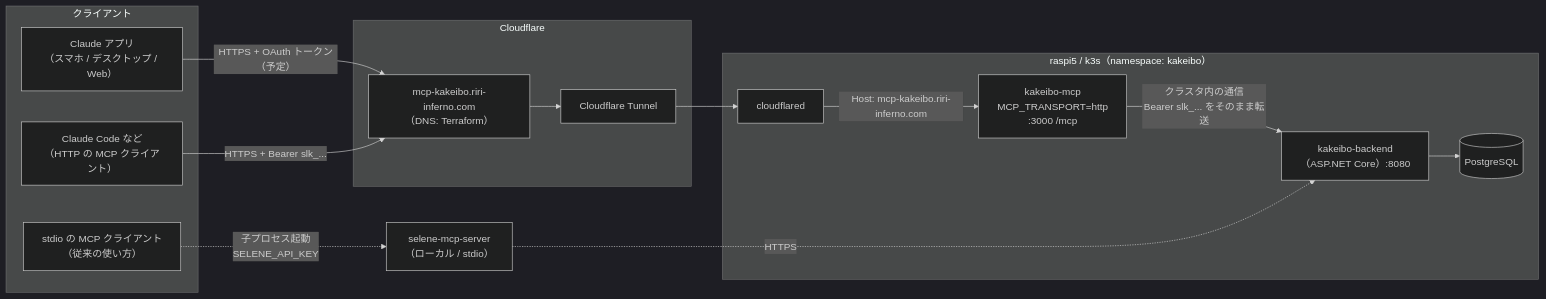
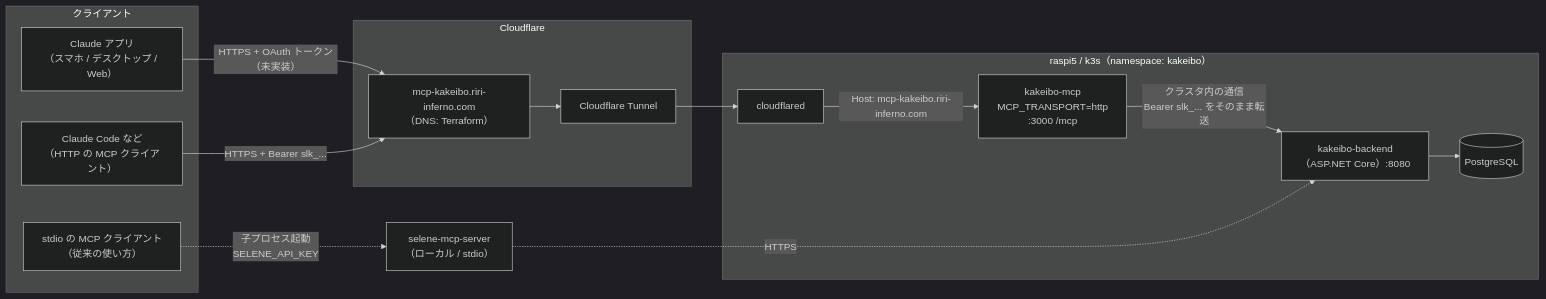
One commit to Riri-Inferno/selene-mcp-server changed the first of 3 diagrams in docs/architecture.md. Above: the diagram before and after it, drawn with Mermaid (dark theme). The commit also changed other lines of this file and 1 other file, not shown here.

Commit message:
OAuth 接続の設計を追加し、未実装の状態を明示化

````diff
--- a/docs/architecture.md
+++ b/docs/architecture.md
@@ -14,29 +14,29 @@
 ```mermaid
 flowchart LR
   subgraph Client["クライアント"]
     CA["Claude アプリ<br/>（スマホ / デスクトップ / Web）"]
     CC["Claude Code など<br/>（HTTP の MCP クライアント）"]
     CS["stdio の MCP クライアント<br/>（従来の使い方）"]
   end
 
   subgraph CF["Cloudflare"]
     DNS["mcp-kakeibo.riri-inferno.com<br/>（DNS: Terraform）"]
     Tunnel["Cloudflare Tunnel"]
   end
 
   subgraph K3s["raspi5 / k3s（namespace: kakeibo）"]
     CFD["cloudflared"]
     MCP["kakeibo-mcp<br/>MCP_TRANSPORT=http<br/>:3000 /mcp"]
     BE["kakeibo-backend<br/>（ASP.NET Core）:8080"]
     DB[("PostgreSQL")]
   end
 
-  CA -- "HTTPS + OAuth トークン（予定）" --> DNS
+  CA -- "HTTPS + OAuth トークン（未実装）" --> DNS
   CC -- "HTTPS + Bearer slk_..." --> DNS
   DNS --> Tunnel --> CFD
   CFD -- "Host: mcp-kakeibo.riri-inferno.com" --> MCP
   MCP -- "クラスタ内の通信<br/>Bearer slk_... をそのまま転送" --> BE
   BE --> DB
   CS -. "子プロセス起動<br/>SELENE_API_KEY" .-> LocalMCP["selene-mcp-server<br/>（ローカル / stdio）"]
   LocalMCP -. "HTTPS" .-> BE
 ```
````
